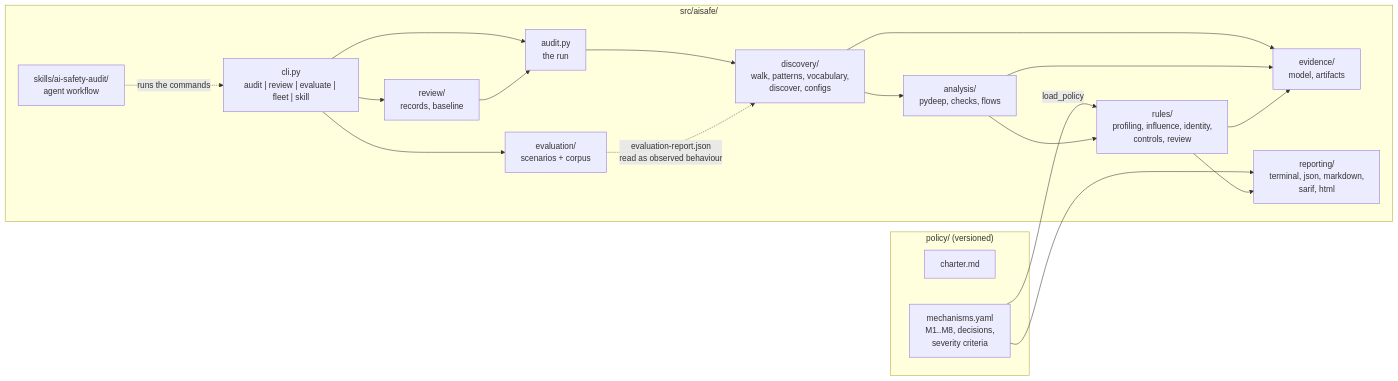
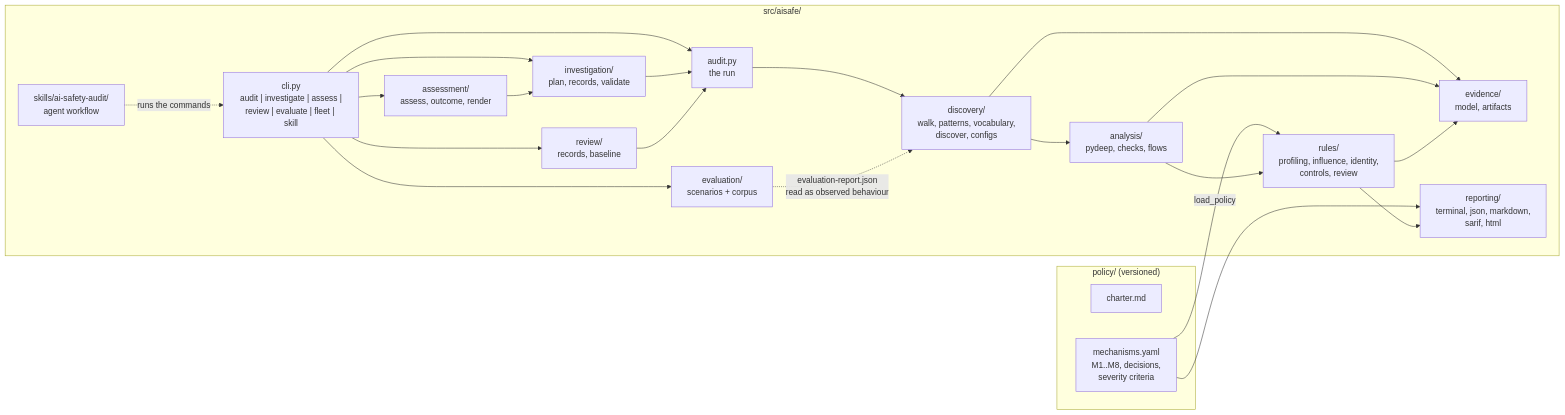
The first of 4 diagrams in docs/architecture.md (ai-safe-earth/AnyAISafe), drawn with Mermaid before and after one commit. The commit also changed other lines of this file and 87 other files, not shown here.

````diff
--- a/docs/architecture.md
+++ b/docs/architecture.md
@@ -8,31 +8,37 @@
 ```mermaid
 flowchart LR
     subgraph policy["policy/ (versioned)"]
         CH["charter.md"]
         ME["mechanisms.yaml<br/>M1..M8, decisions,<br/>severity criteria"]
     end
     subgraph src["src/aisafe/"]
-        CLI["cli.py<br/>audit | review | evaluate | fleet | skill"]
+        CLI["cli.py<br/>audit | investigate | assess |<br/>review | evaluate | fleet | skill"]
         AUD["audit.py<br/>the run"]
         DISC["discovery/<br/>walk, patterns, vocabulary,<br/>discover, configs"]
         ANA["analysis/<br/>pydeep, checks, flows"]
         EVI["evidence/<br/>model, artifacts"]
         RUL["rules/<br/>profiling, influence, identity,<br/>controls, review"]
         REV["review/<br/>records, baseline"]
         REP["reporting/<br/>terminal, json, markdown,<br/>sarif, html"]
         EVAL["evaluation/<br/>scenarios + corpus"]
+        INV["investigation/<br/>plan, records, validate"]
+        ASM["assessment/<br/>assess, outcome, render"]
         SK["skills/ai-safety-audit/<br/>agent workflow"]
     end
     ME -->|load_policy| RUL
     ME --> REP
     CLI --> AUD
     CLI --> REV
     CLI --> EVAL
+    CLI --> INV
+    CLI --> ASM
+    INV --> AUD
+    ASM --> INV
     AUD --> DISC --> ANA --> RUL --> REP
     DISC --> EVI
     ANA --> EVI
     RUL --> EVI
     REV --> AUD
     EVAL -.->|evaluation-report.json<br/>read as observed behaviour| DISC
     SK -.->|runs the commands| CLI
 ```
````
